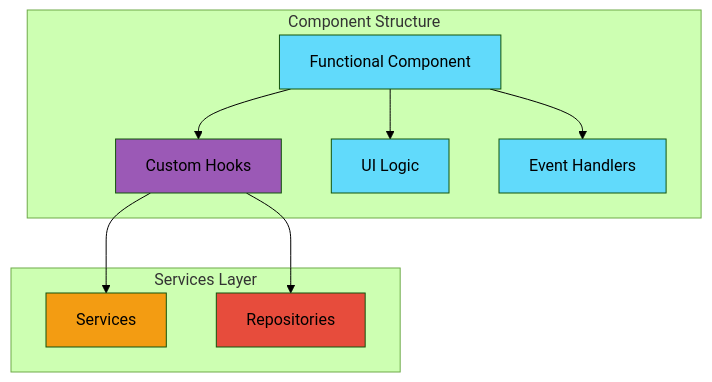
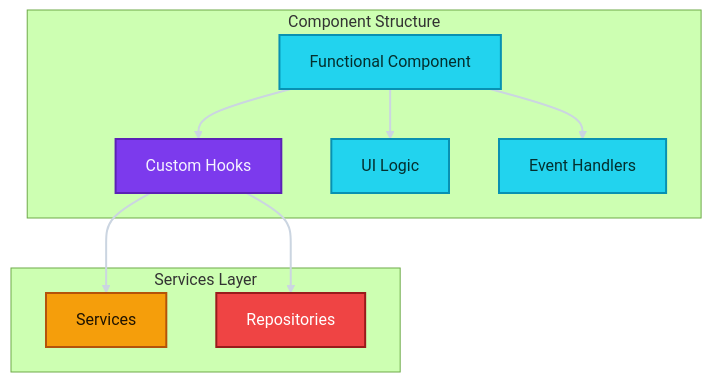
Before and after one commit to Xeze-org/Anie-Frontend: the diagram in docs/COMPONENTS.md, drawn with Mermaid (forest theme). The commit also changed 5 other files, not shown here.

Commit message:
Update documentation styles across architecture, components, hooks, repositories, and services

````diff
--- a/docs/COMPONENTS.md
+++ b/docs/COMPONENTS.md
@@ -7,27 +7,28 @@
 ```mermaid
 graph TB
     subgraph "Component Structure"
         A[Functional Component]
         B[Custom Hooks]
         C[UI Logic]
         D[Event Handlers]
     end
     
     subgraph "Services Layer"
         E[Services]
         F[Repositories]
     end
     
     A --> B
     A --> C
     A --> D
     B --> E
     B --> F
     
-    style A fill:#61dafb
-    style B fill:#9b59b6
-    style C fill:#61dafb
-    style D fill:#61dafb
-    style E fill:#f39c12
-    style F fill:#e74c3c
+    style A fill:#22d3ee,stroke:#0891b2,stroke-width:2px,color:#042f2e
+    style B fill:#7c3aed,stroke:#5b21b6,stroke-width:2px,color:#f5f3ff
+    style C fill:#22d3ee,stroke:#0891b2,stroke-width:2px,color:#042f2e
+    style D fill:#22d3ee,stroke:#0891b2,stroke-width:2px,color:#042f2e
+    style E fill:#f59e0b,stroke:#b45309,stroke-width:2px,color:#1f1300
+    style F fill:#ef4444,stroke:#991b1b,stroke-width:2px,color:#ffffff
+    linkStyle default stroke:#cbd5e1,stroke-width:2px
 ```
````
